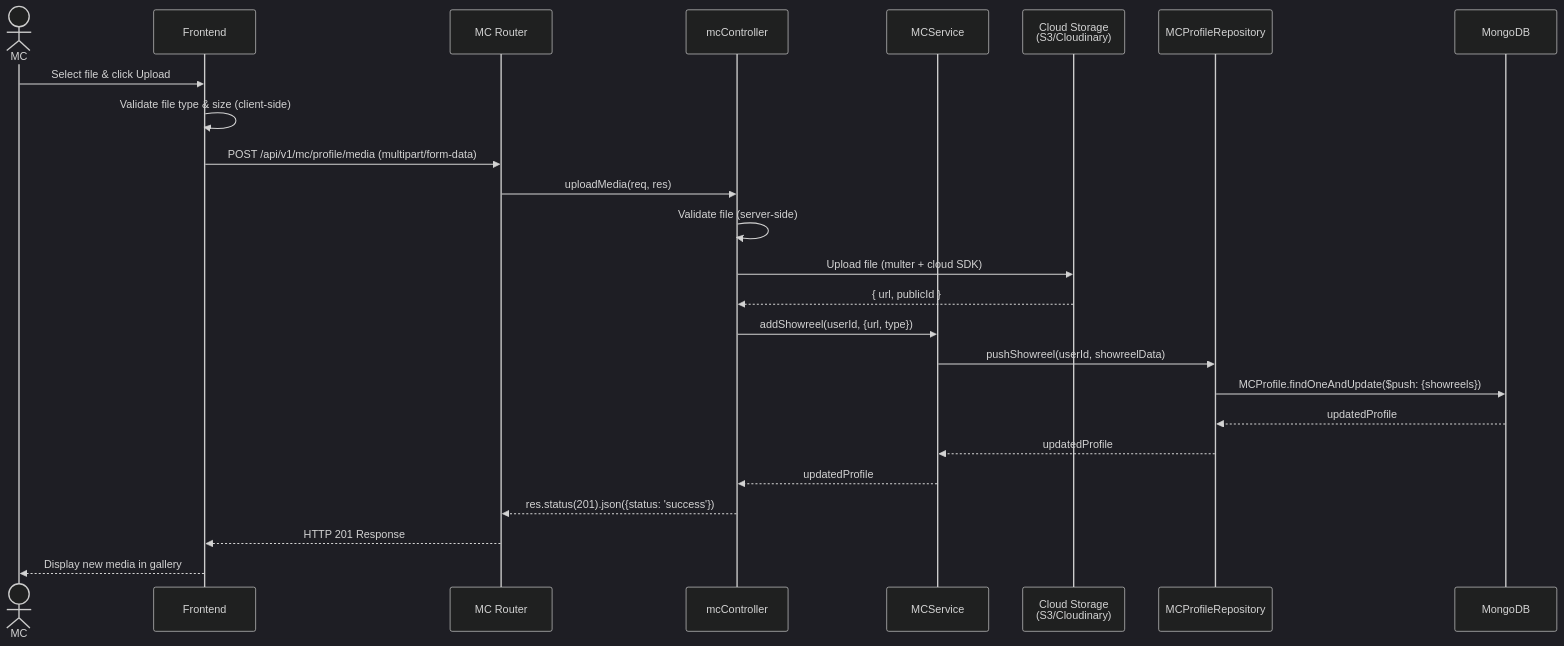
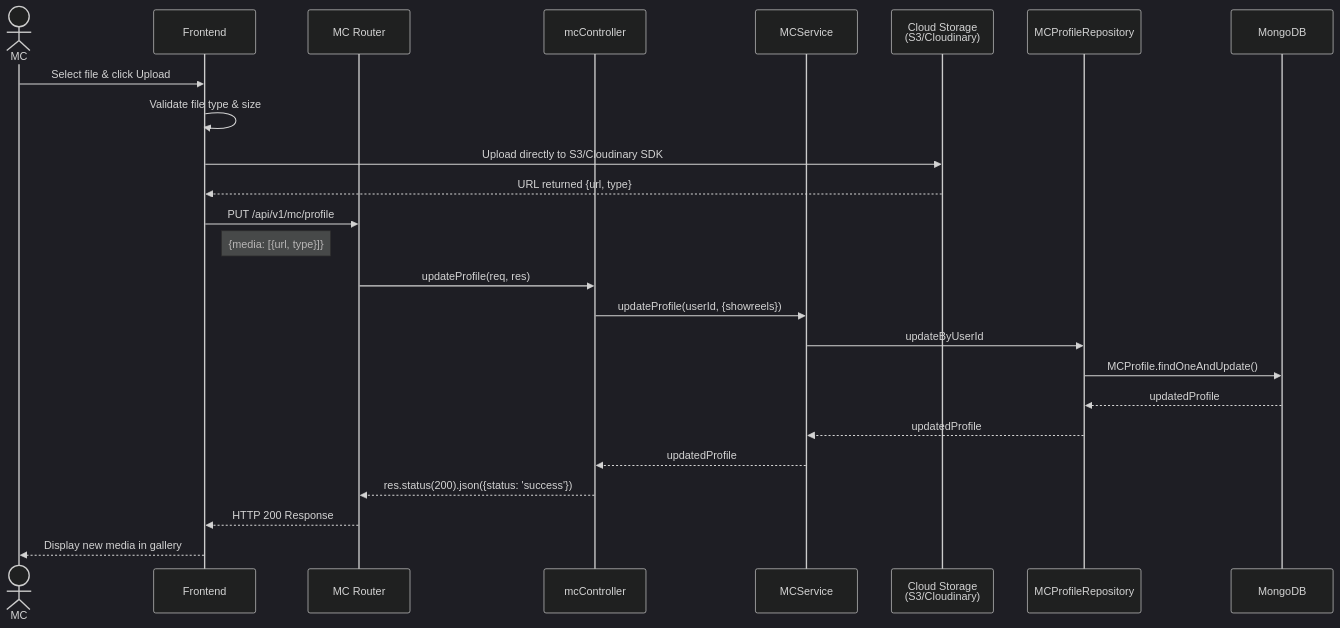
One commit to dat-21/SWD392 changed the seventh of 51 diagrams in UC_Diagrams_EN.md. Above: the diagram before and after it, drawn with Mermaid (dark theme). The commit also changed other lines of this file and 1 other file, not shown here.

Commit message:
docs: Refine UC diagrams and flows for media upload, schedule, and availability management, removing complex backend checks and notification dispatches.

````diff
--- a/UC_Diagrams_EN.md
+++ b/UC_Diagrams_EN.md
@@ -256,28 +256,28 @@
 ```mermaid
 sequenceDiagram
     actor MC
     participant FE as Frontend
     participant Router as MC Router
     participant Ctrl as mcController
     participant Svc as MCService
     participant Cloud as Cloud Storage<br>(S3/Cloudinary)
     participant Repo as MCProfileRepository
     participant DB as MongoDB
 
     MC->>FE: Select file & click Upload
-    FE->>FE: Validate file type & size (client-side)
-    FE->>Router: POST /api/v1/mc/profile/media (multipart/form-data)
-    Router->>Ctrl: uploadMedia(req, res)
-    Ctrl->>Ctrl: Validate file (server-side)
-    Ctrl->>Cloud: Upload file (multer + cloud SDK)
-    Cloud-->>Ctrl: { url, publicId }
-    Ctrl->>Svc: addShowreel(userId, {url, type})
-    Svc->>Repo: pushShowreel(userId, showreelData)
-    Repo->>DB: MCProfile.findOneAndUpdate($push: {showreels})
+    FE->>FE: Validate file type & size
+    FE->>Cloud: Upload directly to S3/Cloudinary SDK
+    Cloud-->>FE: URL returned {url, type}
+    FE->>Router: PUT /api/v1/mc/profile
+    Note right of FE: {media: [{url, type}]}
+    Router->>Ctrl: updateProfile(req, res)
+    Ctrl->>Svc: updateProfile(userId, {showreels})
+    Svc->>Repo: updateByUserId
+    Repo->>DB: MCProfile.findOneAndUpdate()
     DB-->>Repo: updatedProfile
     Repo-->>Svc: updatedProfile
     Svc-->>Ctrl: updatedProfile
-    Ctrl-->>Router: res.status(201).json({status: 'success'})
-    Router-->>FE: HTTP 201 Response
+    Ctrl-->>Router: res.status(200).json({status: 'success'})
+    Router-->>FE: HTTP 200 Response
     FE-->>MC: Display new media in gallery
 ```
````
